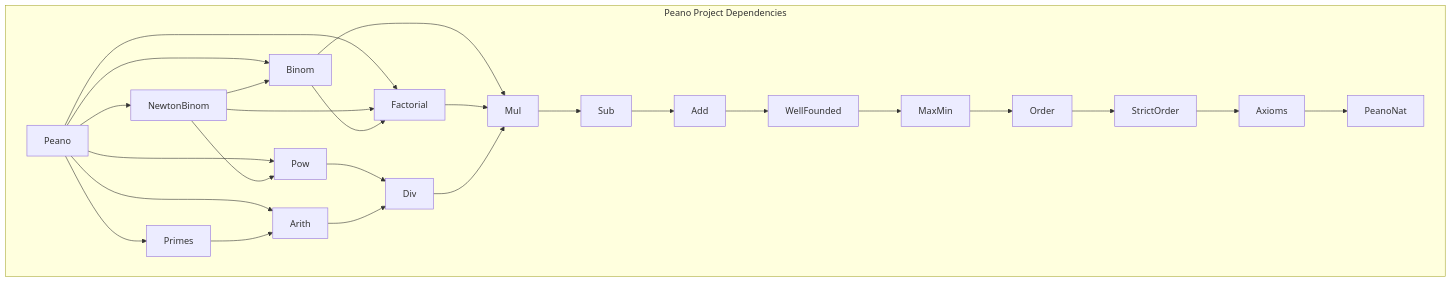
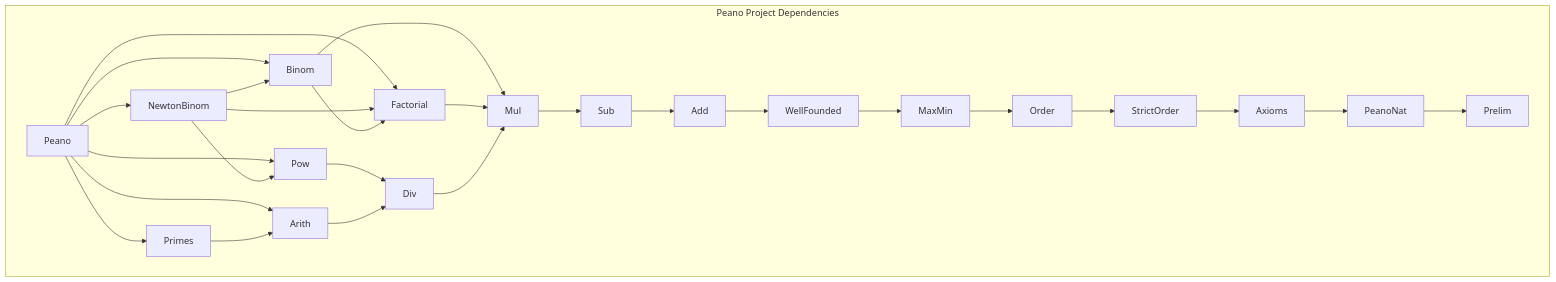
The diagram in DEPENDENCIES.md (julian1c2a/Peano), drawn with Mermaid before and after one commit. The commit also changed other lines of this file and 5 other files, not shown here.

First line of the commit message:
Phase 14: Extract Prelim.lean (ExistsUnique, choose) from PeanoNat.lean

````diff
--- a/DEPENDENCIES.md
+++ b/DEPENDENCIES.md
@@ -14,34 +14,35 @@
 ```mermaid
 graph TD;
     subgraph Peano Project Dependencies
         Peano --> NewtonBinom;
         Peano --> Binom;
         Peano --> Factorial;
         Peano --> Pow;
         Peano --> Primes;
         Peano --> Arith;
 
         NewtonBinom --> Binom;
         NewtonBinom --> Factorial;
         NewtonBinom --> Pow;
 
         Binom --> Factorial;
         Binom --> Mul;
 
         Factorial --> Mul;
 
         Pow --> Div;
         Primes --> Arith;
         Arith --> Div;
 
         Div --> Mul;
         Mul --> Sub;
         Sub --> Add;
         Add --> WellFounded;
         WellFounded --> MaxMin;
         MaxMin --> Order;
         Order --> StrictOrder;
         StrictOrder --> Axioms;
         Axioms --> PeanoNat;
+        PeanoNat --> Prelim;
     end
 ```
````
